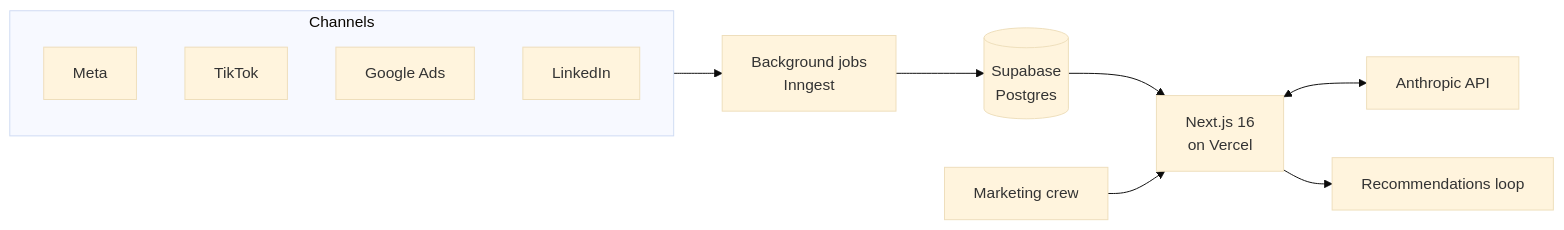
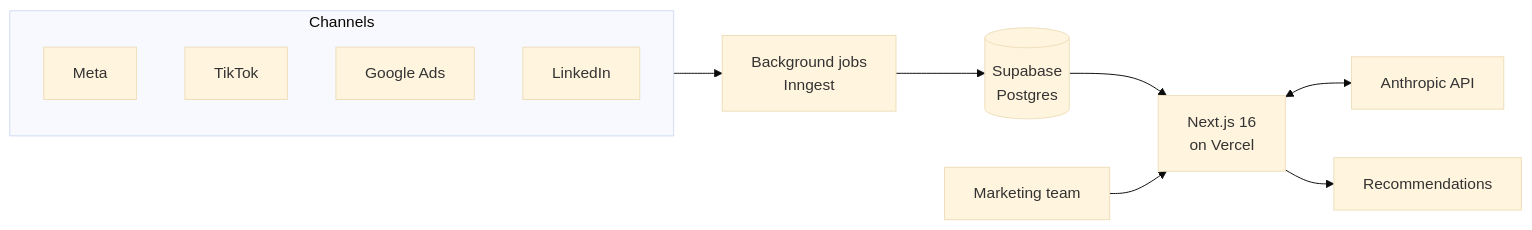
One commit to johanmatsgard/apollo-case-study changed the diagram in README.md. Above: the diagram before and after it, drawn with Mermaid (base theme). The commit also changed other lines of this file, not shown here.

First line of the commit message:
Revise README for Apollo marketing platform

````diff
--- a/README.md
+++ b/README.md
@@ -23,15 +20,15 @@
 ```mermaid
 flowchart LR
   subgraph Channels
     M[Meta]
     T[TikTok]
     G[Google Ads]
     L[LinkedIn]
   end
   Channels --> J[Background jobs<br/>Inngest]
   J --> DB[(Supabase<br/>Postgres)]
   DB --> APP[Next.js 16<br/>on Vercel]
   APP <--> AI[Anthropic API]
-  APP --> R[Recommendations loop]
-  CREW[Marketing crew] --> APP
+  APP --> R[Recommendations]
+  CREW[Marketing team] --> APP
 ```
````
